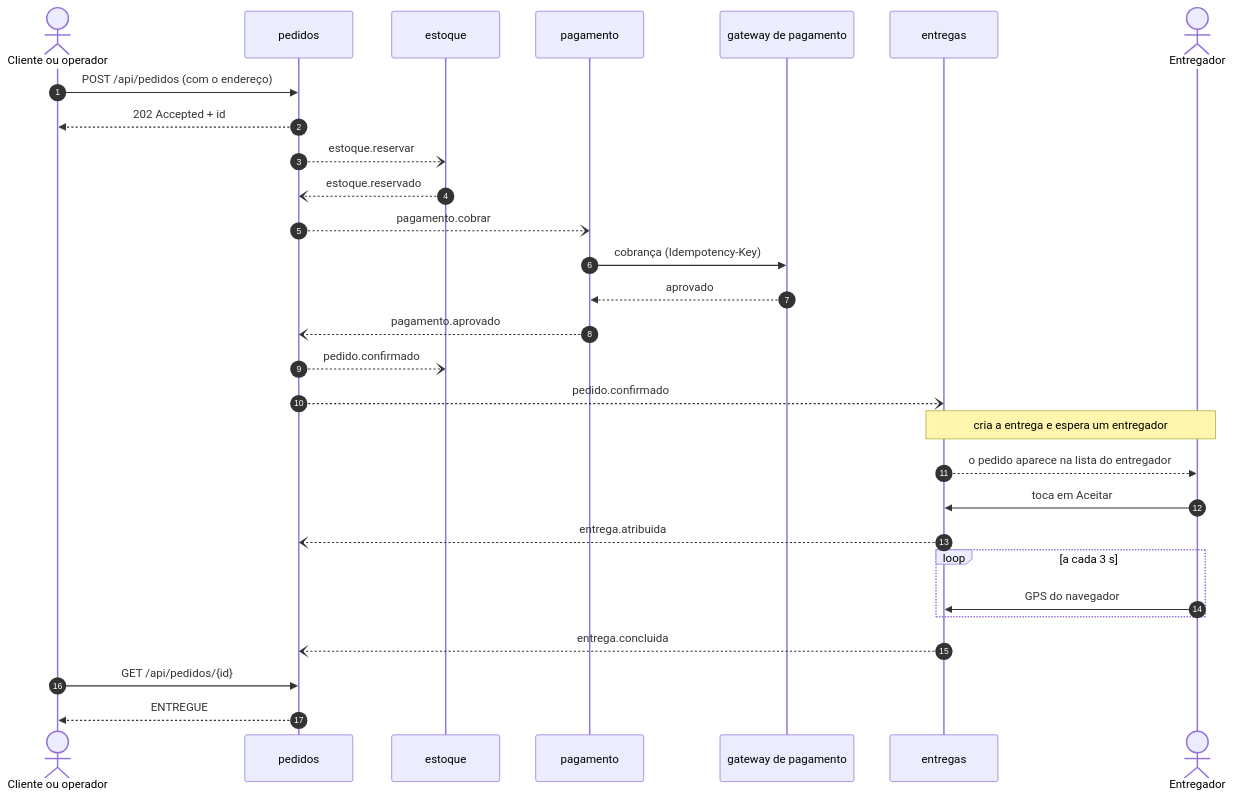
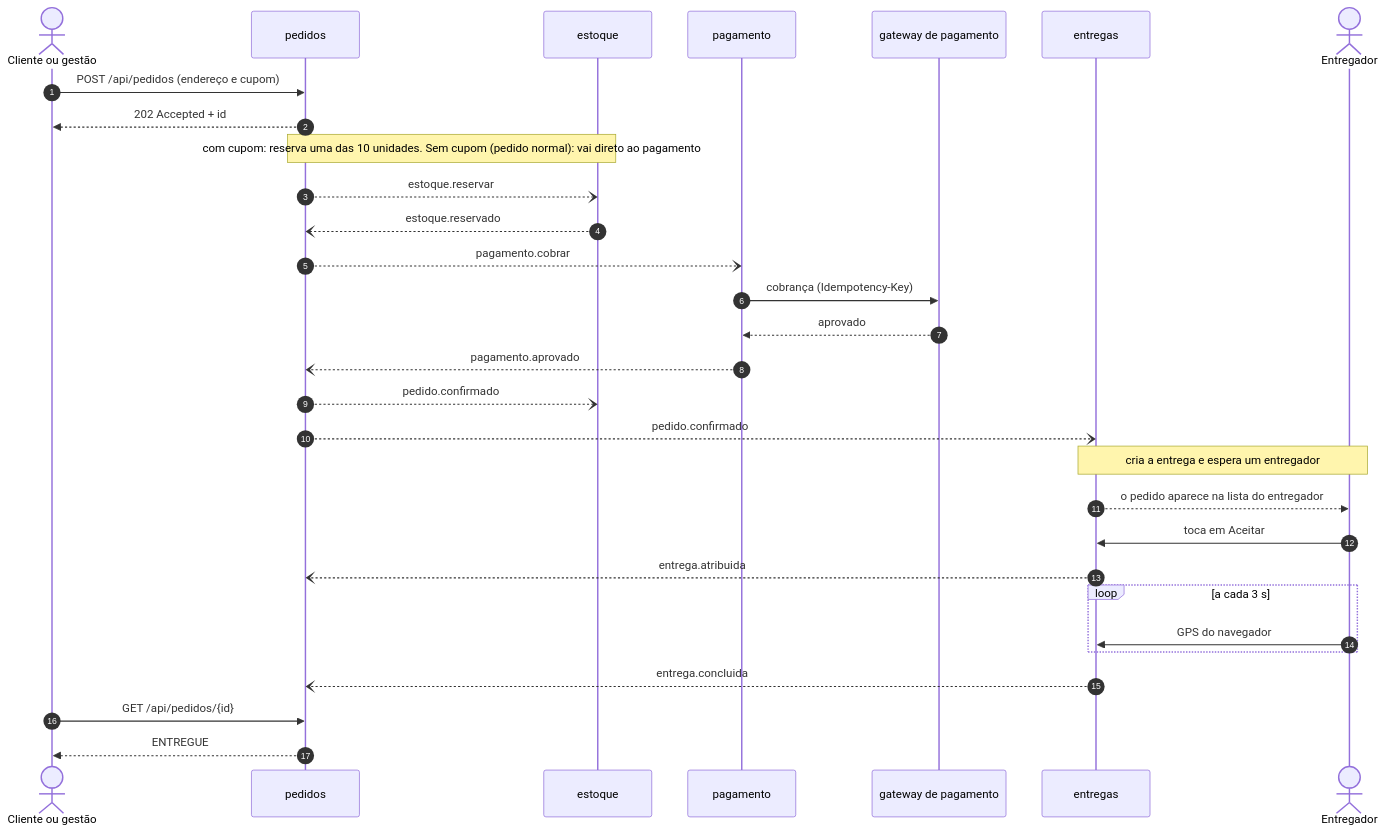
One commit to yurirrabelo/5bitsdelivery changed the diagram in docs/arquitetura/saga.mmd. Above: the diagram before and after it, drawn with Mermaid. The commit also changed 41 other files, not shown here.

```diff
--- a/docs/arquitetura/saga.mmd
+++ b/docs/arquitetura/saga.mmd
@@ -1,29 +1,30 @@
 sequenceDiagram
     autonumber
-    actor C as Cliente ou operador
+    actor C as Cliente ou gestão
     participant P as pedidos
     participant E as estoque
     participant PG as pagamento
     participant GW as gateway de pagamento
     participant ENT as entregas
     actor M as Entregador
-    C->>P: POST /api/pedidos (com o endereço)
+    C->>P: POST /api/pedidos (endereço e cupom)
     P-->>C: 202 Accepted + id
+    Note over P,E: com cupom: reserva uma das 10 unidades. Sem cupom (pedido normal): vai direto ao pagamento
     P--)E: estoque.reservar
     E--)P: estoque.reservado
     P--)PG: pagamento.cobrar
     PG->>GW: cobrança (Idempotency-Key)
     GW-->>PG: aprovado
     PG--)P: pagamento.aprovado
     P--)E: pedido.confirmado
     P--)ENT: pedido.confirmado
     Note over ENT,M: cria a entrega e espera um entregador
     ENT-->>M: o pedido aparece na lista do entregador
     M->>ENT: toca em Aceitar
     ENT--)P: entrega.atribuida
     loop a cada 3 s
         M->>ENT: GPS do navegador
     end
     ENT--)P: entrega.concluida
     C->>P: GET /api/pedidos/{id}
     P-->>C: ENTREGUE
```
